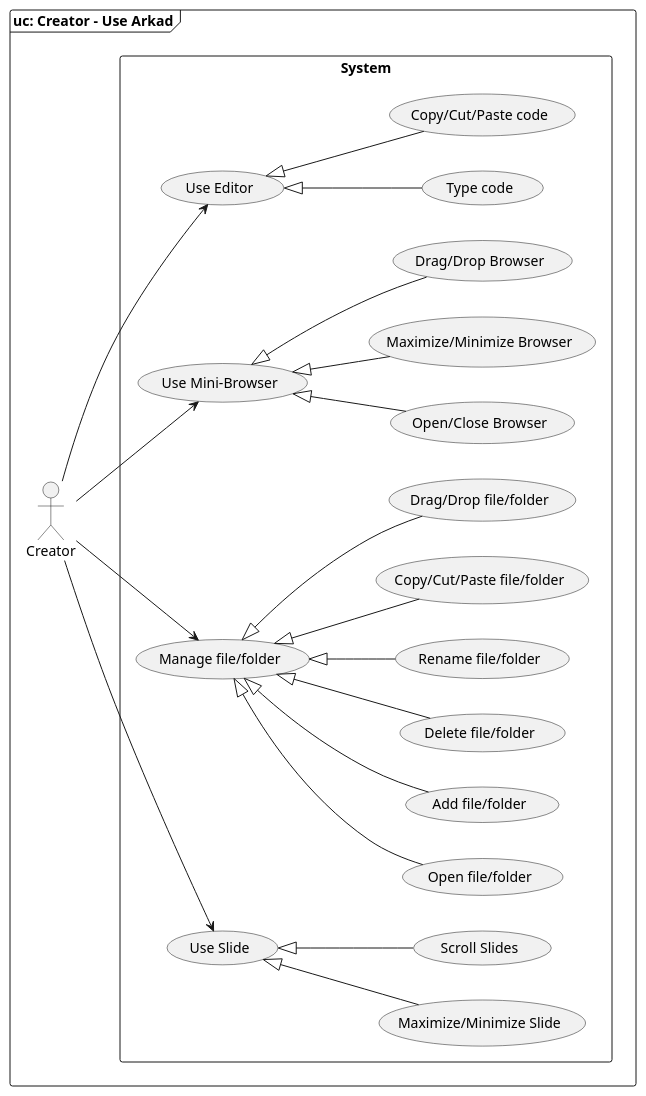
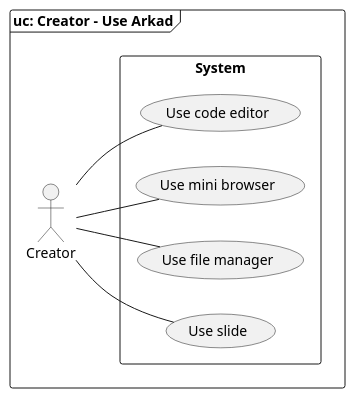
The diagram in models/1.UseCase/2.3.UseCase.puml (SSMM0498/arkad-conception), drawn with PlantUML before and after one commit. The commit also changed 5 other files, not shown here.

```diff
--- a/models/1.UseCase/2.3.UseCase.puml
+++ b/models/1.UseCase/2.3.UseCase.puml
@@ -1,34 +1,21 @@
 @startuml UseCase
 left to right direction
 skinparam shadowing false
 skinparam monochrome true
 
 frame "uc: Creator - Use Arkad" {
     actor Creator
 
     rectangle System {
-        :Creator: --> (Use Editor)
-        :Creator: --> (Use Mini-Browser)
-        :Creator: --> (Manage file/folder)
-        :Creator: --> (Use Slide)
-
-        (Use Editor) <|-- (Type code)
-        (Use Editor) <|-- (Copy/Cut/Paste code)
-
-        (Use Mini-Browser) <|-- (Open/Close Browser)
-        (Use Mini-Browser) <|-- (Maximize/Minimize Browser)
-        (Use Mini-Browser) <|-- (Drag/Drop Browser)
-
-        (Manage file/folder) <|-- (Open file/folder)
-        (Manage file/folder) <|-- (Add file/folder)
-        (Manage file/folder) <|-- (Delete file/folder)
-        (Manage file/folder) <|-- (Rename file/folder)
-        (Manage file/folder) <|-- (Copy/Cut/Paste file/folder)
-        (Manage file/folder) <|-- (Drag/Drop file/folder)
-
-        (Use Slide) <|-- (Maximize/Minimize Slide)
-        (Use Slide) <|-- (Scroll Slides)
+        (Use code editor)
+        (Use mini browser)
+        (Use file manager)
+        (Use slide)
     }
+    :Creator: -- (Use code editor)
+    :Creator: -- (Use mini browser)
+    :Creator: -- (Use file manager)
+    :Creator: -- (Use slide)
 }
 
 @enduml
```
